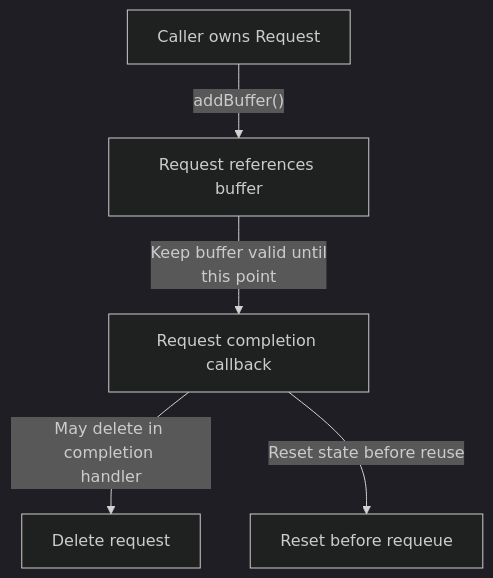
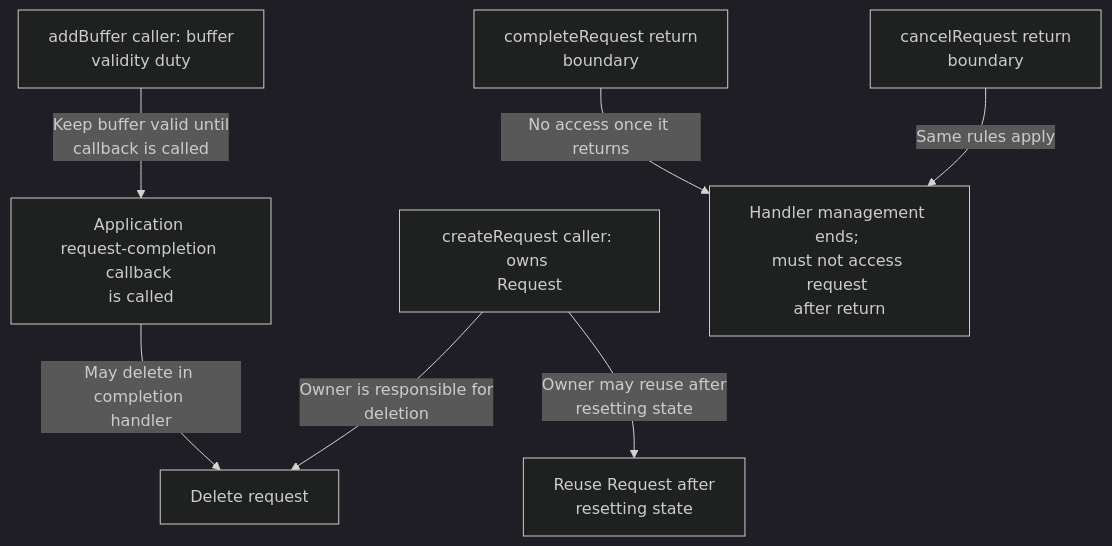
One commit to TTolsun/libcamera-sdd changed the diagram in docs/en/request-lifecycle.request-ownership.mmd. Above: the diagram before and after it, drawn with Mermaid (dark theme). The commit also changed 352 other files, not shown here.

```diff
--- a/docs/en/request-lifecycle.request-ownership.mmd
+++ b/docs/en/request-lifecycle.request-ownership.mmd
@@ -1,11 +1,16 @@
 flowchart TB
 
-  v_caller["Caller owns Request"]
-  v_buffer["Request references buffer"]
-  v_callback["Request completion callback"]
+  v_caller["createRequest caller: owns <br/>Request"]
+  v_buffer["addBuffer caller: buffer <br/>validity duty"]
+  v_callback["Application <br/>request-completion callback <br/>is called"]
   v_delete["Delete request"]
-  v_reuse["Reset before requeue"]
-  v_caller -->|"addBuffer()"| v_buffer
-  v_buffer -->|"Keep buffer valid until <br/>this point"| v_callback
+  v_reuse["Reuse Request after <br/>resetting state"]
+  v_complete["completeRequest return <br/>boundary"]
+  v_cancel["cancelRequest return <br/>boundary"]
+  v_ban["Handler management ends; <br/>must not access request <br/>after return"]
+  v_buffer -->|"Keep buffer valid until <br/>callback is called"| v_callback
   v_callback -->|"May delete in completion <br/>handler"| v_delete
-  v_callback -->|"Reset state before reuse"| v_reuse
+  v_complete -->|"No access once it returns"| v_ban
+  v_cancel -->|"Same rules apply"| v_ban
+  v_caller -->|"Owner may reuse after <br/>resetting state"| v_reuse
+  v_caller -->|"Owner is responsible for <br/>deletion"| v_delete
```
